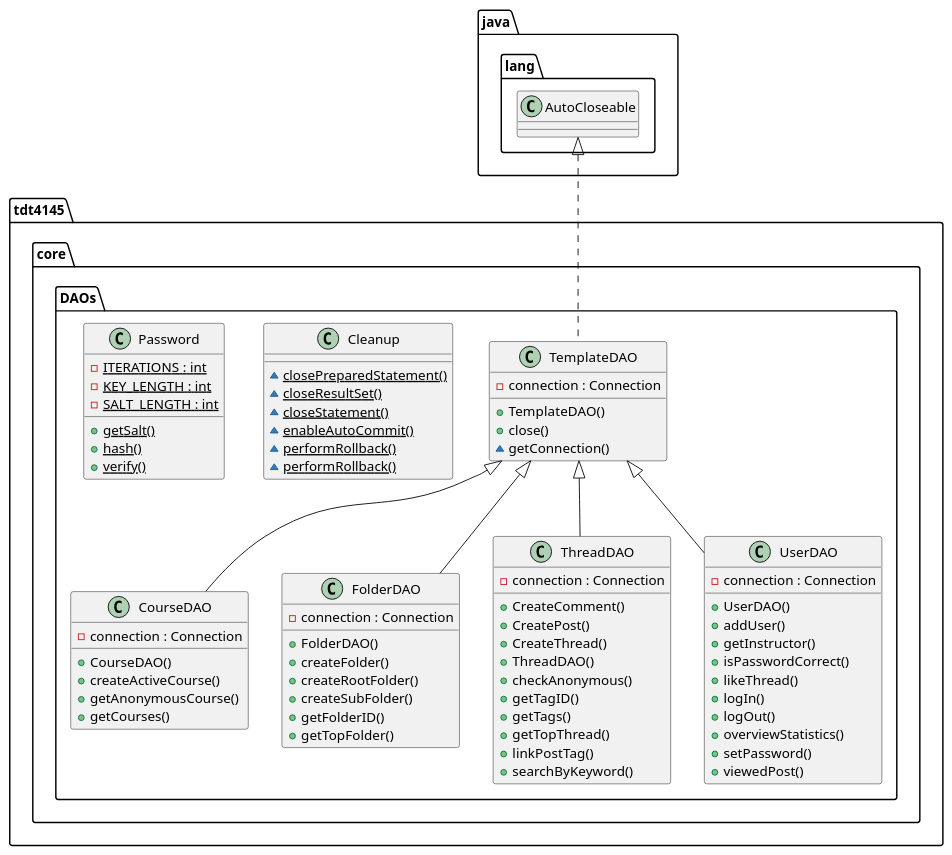
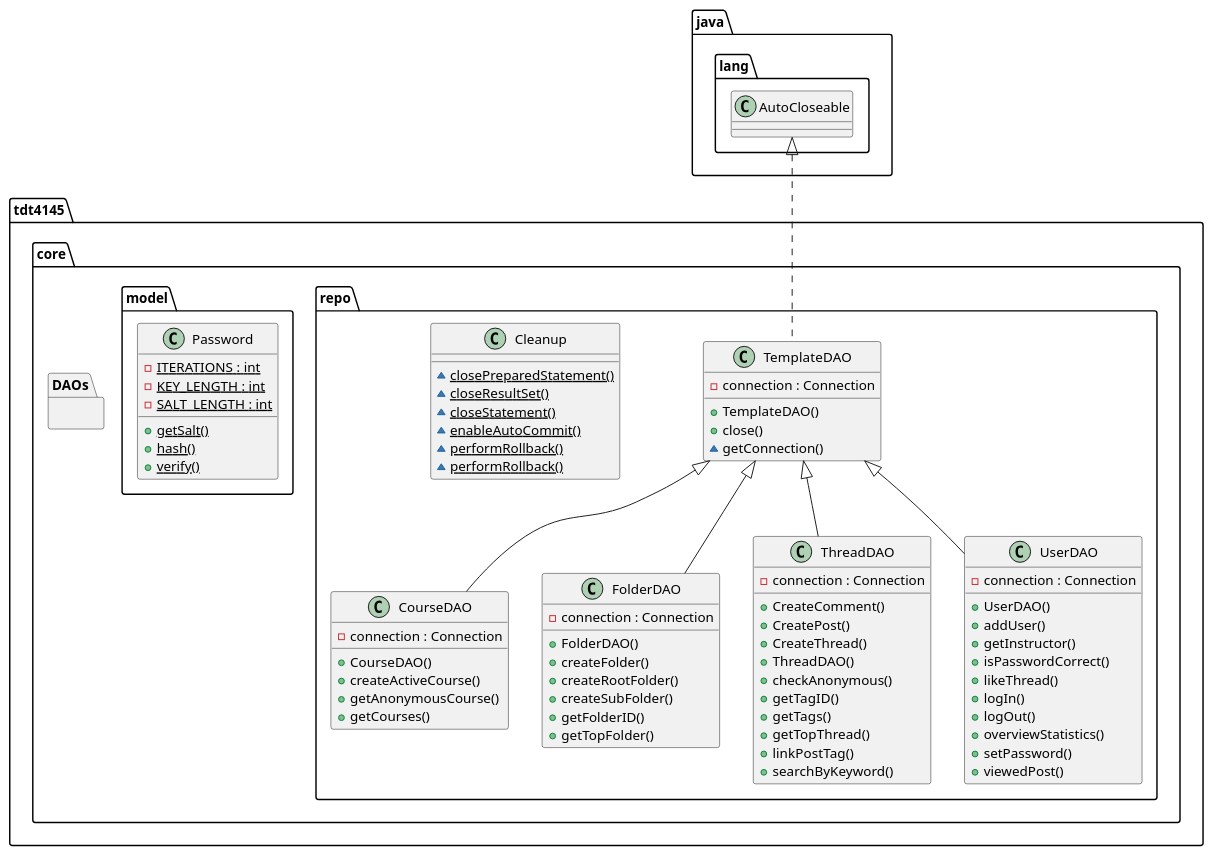
One commit to StefanTomic-NTNU/piazza changed the diagram in documentation/UML/DAOs.plantuml. Above: the diagram before and after it, drawn with PlantUML. The commit also changed 18 other files, not shown here.

```diff
--- a/documentation/UML/DAOs.plantuml
+++ b/documentation/UML/DAOs.plantuml
@@ -1,113 +1,113 @@
 @startuml
   namespace tdt4145.core {
       namespace DAOs {
-        class tdt4145.core.DAOs.Cleanup {
+        class tdt4145.core.repo.Cleanup {
             {static} ~ closePreparedStatement()
             {static} ~ closeResultSet()
             {static} ~ closeStatement()
             {static} ~ enableAutoCommit()
             {static} ~ performRollback()
             {static} ~ performRollback()
         }
       }
     }
     
 
     namespace tdt4145.core {
       namespace DAOs {
-        class tdt4145.core.DAOs.CourseDAO {
+        class tdt4145.core.repo.CourseDAO {
             - connection : Connection
             + CourseDAO()
             + createActiveCourse()
             + getAnonymousCourse()
             + getCourses()
         }
       }
     }
 
 
     namespace tdt4145.core {
       namespace DAOs {
-        class tdt4145.core.DAOs.FolderDAO {
+        class tdt4145.core.repo.FolderDAO {
             - connection : Connection
             + FolderDAO()
             + createFolder()
             + createRootFolder()
             + createSubFolder()
             + getFolderID()
             + getTopFolder()
         }
       }
     }
 
 
     namespace tdt4145.core {
       namespace DAOs {
-        class tdt4145.core.DAOs.Password {
+        class tdt4145.core.model.Password {
             {static} - ITERATIONS : int
             {static} - KEY_LENGTH : int
             {static} - SALT_LENGTH : int
             {static} + getSalt()
             {static} + hash()
             {static} + verify()
         }
       }
     }
 
 
     namespace tdt4145.core {
       namespace DAOs {
-        class tdt4145.core.DAOs.TemplateDAO {
+        class tdt4145.core.repo.TemplateDAO {
             - connection : Connection
             + TemplateDAO()
             + close()
             ~ getConnection()
         }
       }
     }
 
 
     namespace tdt4145.core {
       namespace DAOs {
-        class tdt4145.core.DAOs.ThreadDAO {
+        class tdt4145.core.repo.ThreadDAO {
             - connection : Connection
             + CreateComment()
             + CreatePost()
             + CreateThread()
             + ThreadDAO()
             + checkAnonymous()
             + getTagID()
             + getTags()
             + getTopThread()
             + linkPostTag()
             + searchByKeyword()
         }
       }
     }
 
 
     namespace tdt4145.core {
       namespace DAOs {
-        class tdt4145.core.DAOs.UserDAO {
+        class tdt4145.core.repo.UserDAO {
             - connection : Connection
             + UserDAO()
             + addUser()
             + getInstructor()
             + isPasswordCorrect()
             + likeThread()
             + logIn()
             + logOut()
             + overviewStatistics()
             + setPassword()
             + viewedPost()
         }
       }
     }
 
 
-    tdt4145.core.DAOs.CourseDAO -up-|> tdt4145.core.DAOs.TemplateDAO
-    tdt4145.core.DAOs.FolderDAO -up-|> tdt4145.core.DAOs.TemplateDAO
-    tdt4145.core.DAOs.TemplateDAO .up.|> java.lang.AutoCloseable
-    tdt4145.core.DAOs.ThreadDAO -up-|> tdt4145.core.DAOs.TemplateDAO
-    tdt4145.core.DAOs.UserDAO -up-|> tdt4145.core.DAOs.TemplateDAO
+    tdt4145.core.repo.CourseDAO -up-|> tdt4145.core.repo.TemplateDAO
+    tdt4145.core.repo.FolderDAO -up-|> tdt4145.core.repo.TemplateDAO
+    tdt4145.core.repo.TemplateDAO .up.|> java.lang.AutoCloseable
+    tdt4145.core.repo.ThreadDAO -up-|> tdt4145.core.repo.TemplateDAO
+    tdt4145.core.repo.UserDAO -up-|> tdt4145.core.repo.TemplateDAO
 @enduml
```
